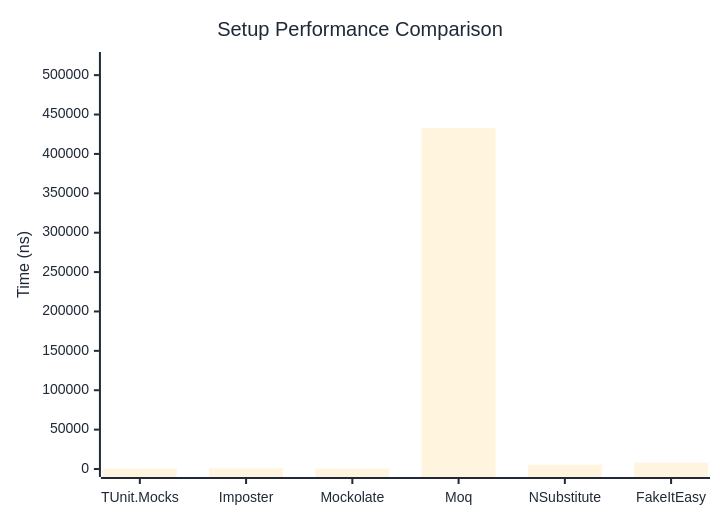
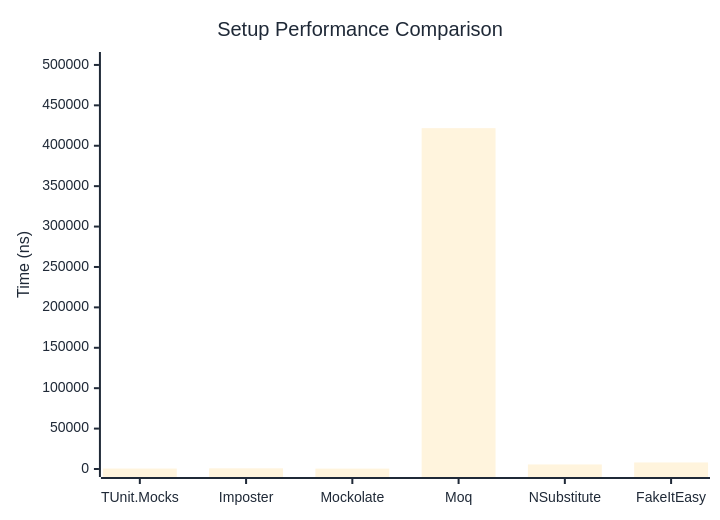
Before and after one commit to thomhurst/TUnit: the first of 2 diagrams in docs/docs/benchmarks/mocks/Setup.md, drawn with Mermaid. The commit also changed other lines of this file and 14 other files, not shown here.

````diff
--- a/docs/docs/benchmarks/mocks/Setup.md
+++ b/docs/docs/benchmarks/mocks/Setup.md
@@ -28,27 +28,27 @@
 ```mermaid
 %%{init: {
   'theme':'base',
   'themeVariables': {
     'primaryColor': '#2563eb',
     'primaryTextColor': '#1f2937',
     'primaryBorderColor': '#1e40af',
     'lineColor': '#6b7280',
     'secondaryColor': '#7c3aed',
     'tertiaryColor': '#dc2626',
     'background': '#ffffff',
     'pie1': '#2563eb',
     'pie2': '#7c3aed',
     'pie3': '#dc2626',
     'pie4': '#f59e0b',
     'pie5': '#10b981',
     'pie6': '#06b6d4',
     'pie7': '#ec4899',
     'pie8': '#6366f1'
   }
 }}%%
 xychart-beta
   title "Setup Performance Comparison"
   x-axis ["TUnit.Mocks", "Imposter", "Mockolate", "Moq", "NSubstitute", "FakeItEasy"]
-  y-axis "Time (ns)" 0 --> 519229
-  bar [527.2, 780.1, 447.5, 432690.5, 5393.7, 8158.3]
+  y-axis "Time (ns)" 0 --> 506106
+  bar [524.9, 828.1, 472.7, 421754.9, 5616.3, 8118.4]
 ```
````
